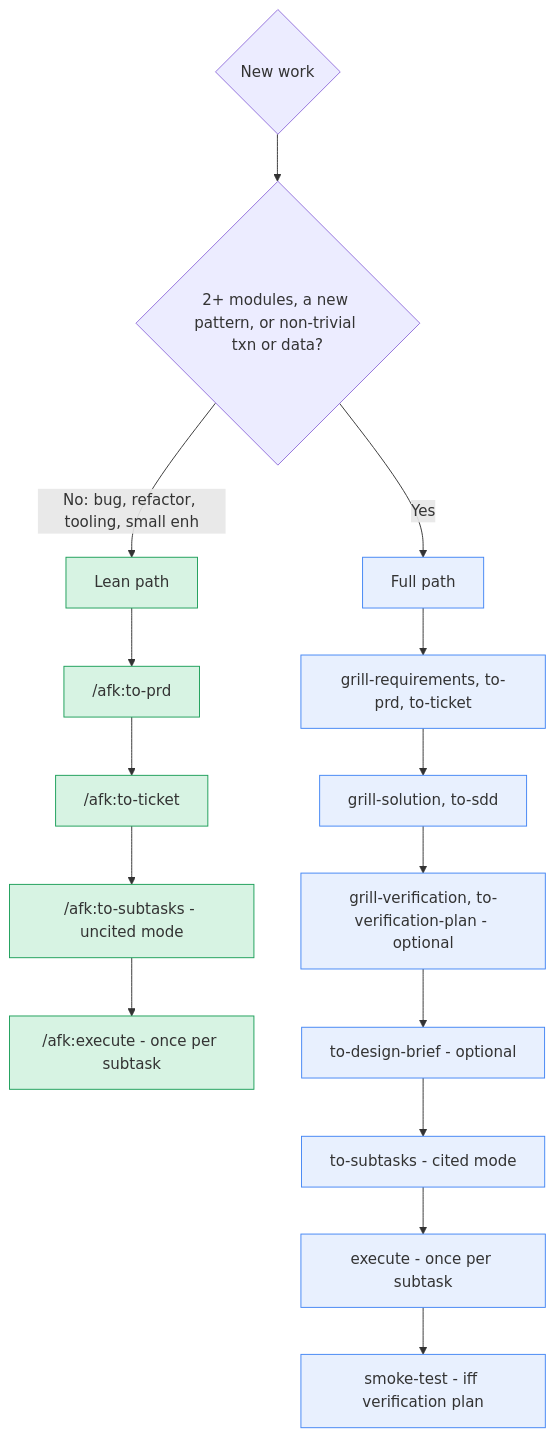
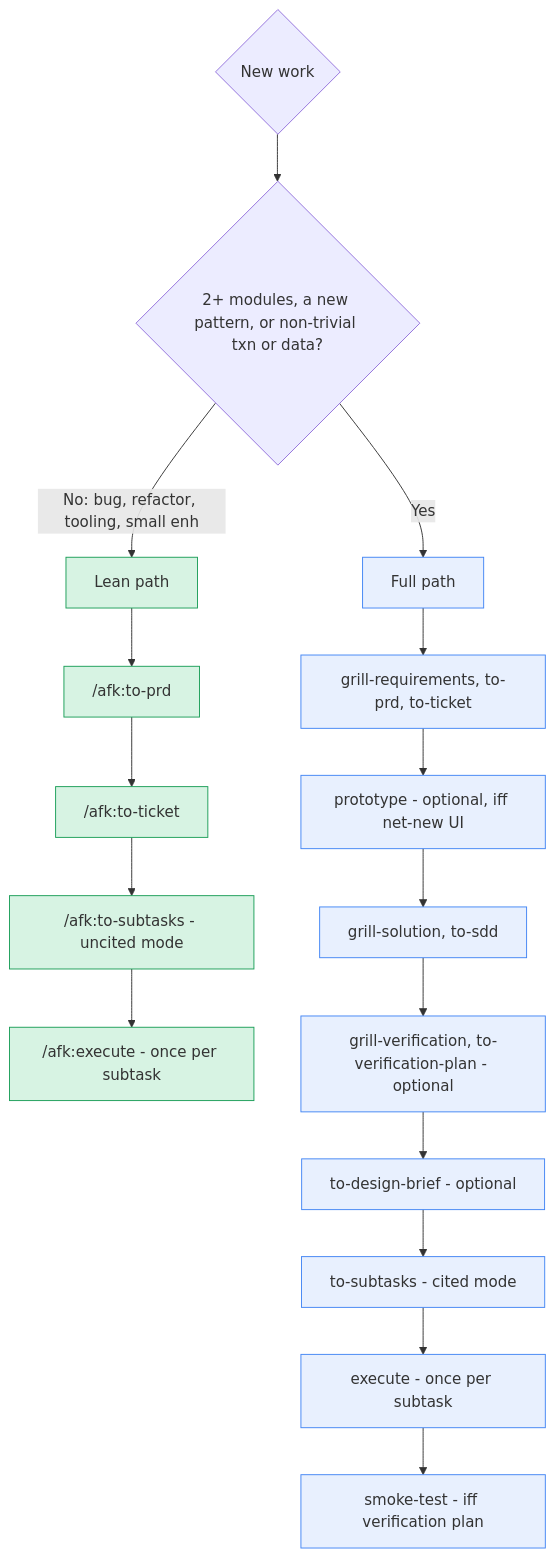
One commit to midnightblur/afk-driver changed the fourth of 6 diagrams in README.md. Above: the diagram before and after it, drawn with Mermaid. The commit also changed other lines of this file and 7 other files, not shown here.

First line of the commit message:
feat(skills): add optional /afk:prototype UI-crafting step

````diff
--- a/README.md
+++ b/README.md
@@ -280,24 +295,25 @@
 ```mermaid
 graph TD
     A{New work} --> B{2+ modules, a new pattern, or non-trivial txn or data?}
     B -->|No: bug, refactor, tooling, small enh| LEAN[Lean path]
     B -->|Yes| FULL[Full path]
 
     LEAN --> L1["/afk:to-prd"]
     L1 --> L2["/afk:to-ticket"]
     L2 --> L3["/afk:to-subtasks - uncited mode"]
     L3 --> L4["/afk:execute - once per subtask"]
 
     FULL --> F1["grill-requirements, to-prd, to-ticket"]
-    F1 --> F2["grill-solution, to-sdd"]
+    F1 --> FP["prototype - optional, iff net-new UI"]
+    FP --> F2["grill-solution, to-sdd"]
     F2 --> F3["grill-verification, to-verification-plan - optional"]
     F3 --> F4["to-design-brief - optional"]
     F4 --> F5["to-subtasks - cited mode"]
     F5 --> F6["execute - once per subtask"]
     F6 --> F7["smoke-test - iff verification plan"]
 
     classDef lean fill:#d7f3e3,stroke:#1b9e58;
     classDef full fill:#e8f0fe,stroke:#4285f4;
     class LEAN,L1,L2,L3,L4 lean;
-    class FULL,F1,F2,F3,F4,F5,F6,F7 full;
+    class FULL,F1,FP,F2,F3,F4,F5,F6,F7 full;
 ```
````
